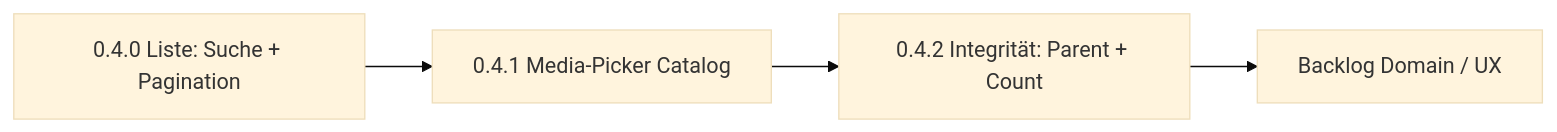
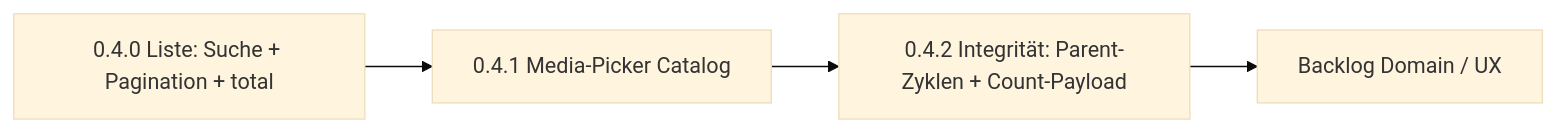
Before and after one commit to sfambach/wp-electronic-parts: the second of 2 diagrams in docs/plans/catalog-next-0.4.md, drawn with Mermaid (base theme). The commit also changed other lines of this file and 1 other file, not shown here.

First line of the commit message:
Deepen 0.4 catalog plan from code audit findings.

````diff
--- a/docs/plans/catalog-next-0.4.md
+++ b/docs/plans/catalog-next-0.4.md
@@ -45,6 +67,6 @@
 ```mermaid
 flowchart LR
-  A["0.4.0 Liste: Suche + Pagination"] --> B["0.4.1 Media-Picker Catalog"]
-  B --> C["0.4.2 Integrität: Parent + Count"]
+  A["0.4.0 Liste: Suche + Pagination + total"] --> B["0.4.1 Media-Picker Catalog"]
+  B --> C["0.4.2 Integrität: Parent-Zyklen + Count-Payload"]
   C --> D["Backlog Domain / UX"]
 ```
````
